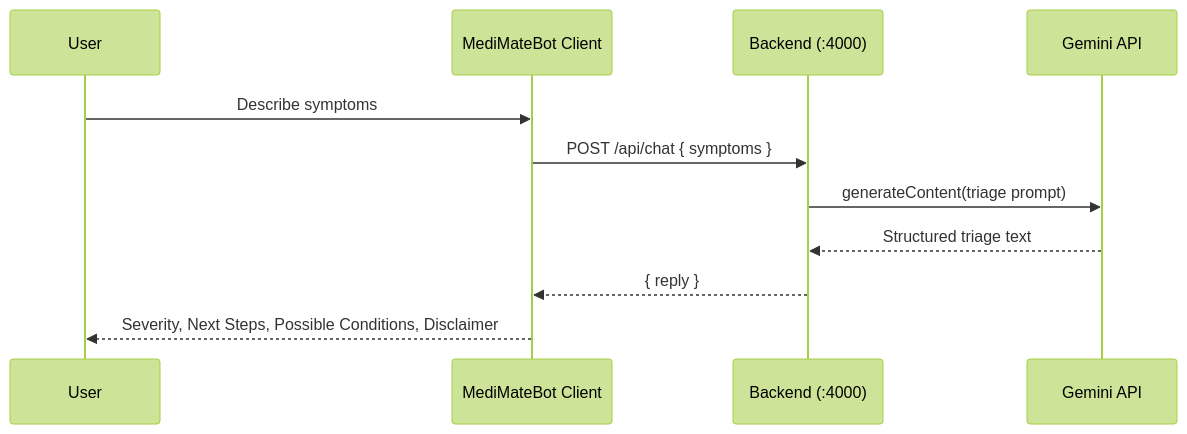
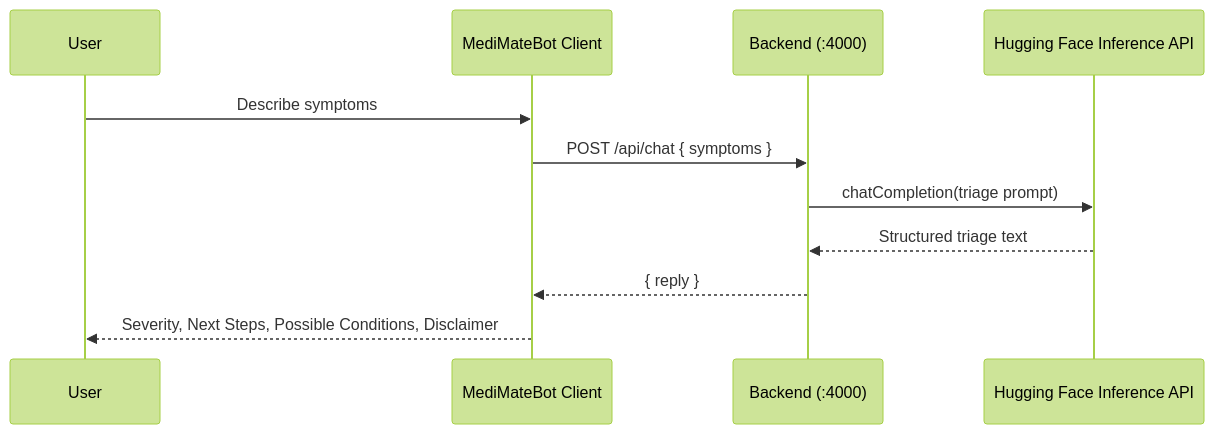
One commit to coffeecookey/mediMate changed the second of 4 diagrams in README.md. Above: the diagram before and after it, drawn with Mermaid (forest theme). The commit also changed other lines of this file and 4 other files, not shown here.

````diff
--- a/README.md
+++ b/README.md
@@ -135,14 +135,14 @@
 ```mermaid
 sequenceDiagram
     participant U as User
     participant Bot as MediMateBot Client
     participant API as Backend (:4000)
-    participant G as Gemini API
+    participant G as Hugging Face Inference API
 
     U->>Bot: Describe symptoms
     Bot->>API: POST /api/chat { symptoms }
-    API->>G: generateContent(triage prompt)
+    API->>G: chatCompletion(triage prompt)
     G-->>API: Structured triage text
     API-->>Bot: { reply }
     Bot-->>U: Severity, Next Steps, Possible Conditions, Disclaimer
 ```
````
